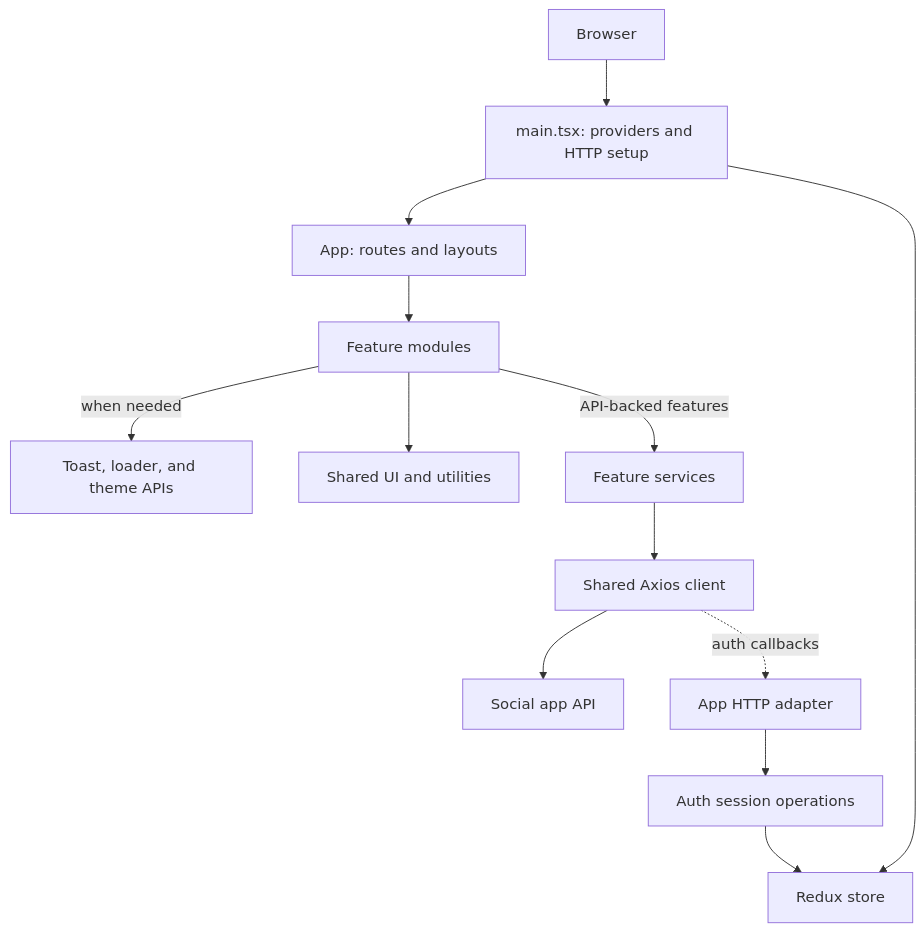
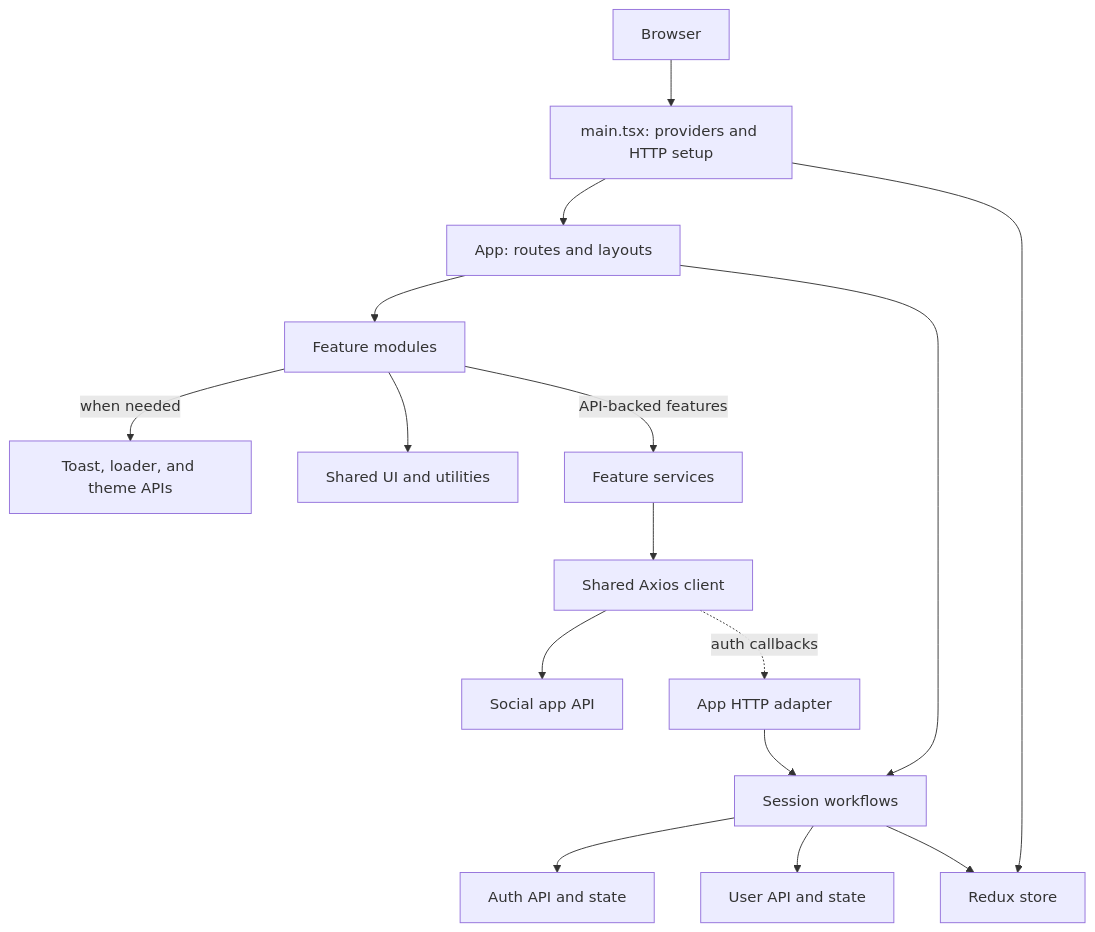
The diagram in README.md (muhsintt777/insta), drawn with Mermaid before and after one commit. The commit also changed other lines of this file and 11 other files, not shown here.

Commit message:
chore: remove auth, user module dependancy

````diff
--- a/README.md
+++ b/README.md
@@ -27,15 +27,18 @@
 ```mermaid
 flowchart TD
 	Browser[Browser] --> Main[main.tsx: providers and HTTP setup]
 	Main --> App[App: routes and layouts]
 	Main --> Store[Redux store]
 	App --> Features[Feature modules]
 	Features -->|when needed| CrossCutting[Toast, loader, and theme APIs]
 	Features --> SharedUI[Shared UI and utilities]
 	Features -->|API-backed features| Services[Feature services]
+	 App --> Session[Session workflows]
+	 Session --> Auth[Auth API and state]
+	 Session --> User[User API and state]
+	 Session --> Store
 	Services --> Http[Shared Axios client]
 	Http --> API[Social app API]
 	Http -. auth callbacks .-> Adapter[App HTTP adapter]
-	Adapter --> Auth[Auth session operations]
-	Auth --> Store
+	 Adapter --> Session
 ```
````
